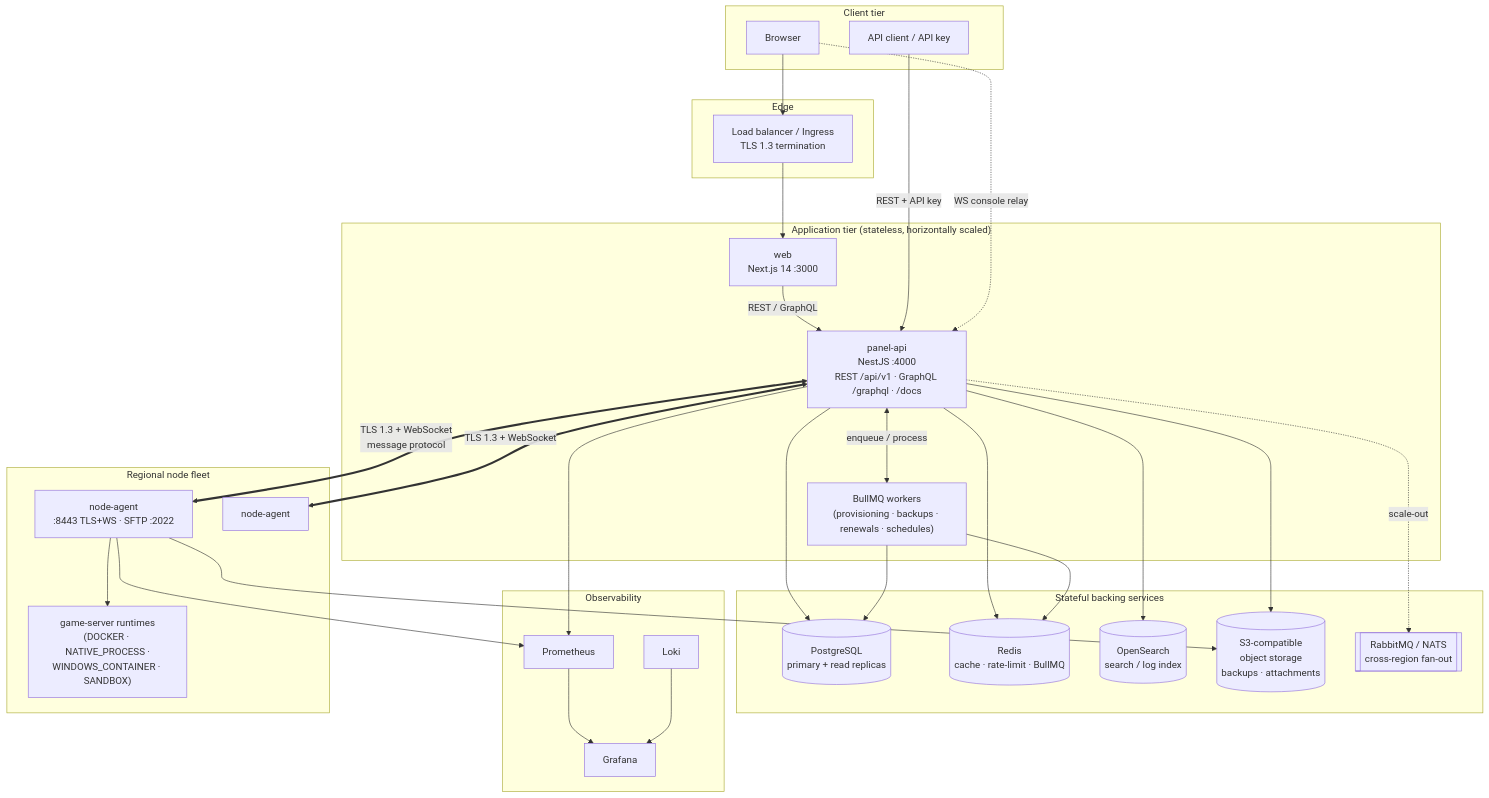
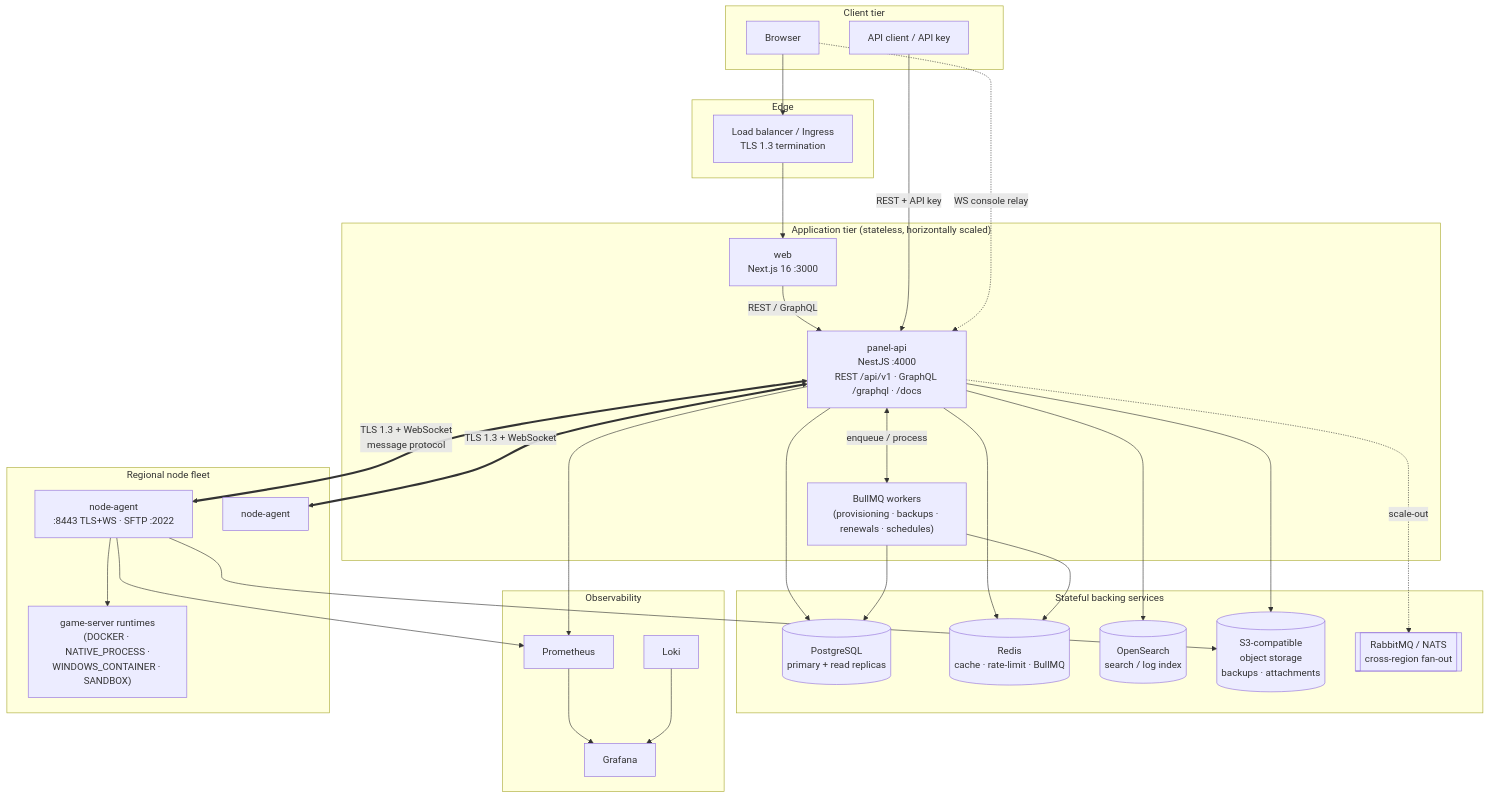
One commit to ReFxFrank/ReFxHosting changed the first of 6 diagrams in docs/01-architecture.md. Above: the diagram before and after it, drawn with Mermaid. The commit also changed other lines of this file and 8 other files, not shown here.

````diff
--- a/docs/01-architecture.md
+++ b/docs/01-architecture.md
@@ -27,61 +27,61 @@
 ```mermaid
 flowchart TB
   subgraph Client["Client tier"]
     BR[Browser]
     CLI[API client / API key]
   end
 
   subgraph Edge["Edge"]
     LB[Load balancer / Ingress<br/>TLS 1.3 termination]
   end
 
   subgraph App["Application tier (stateless, horizontally scaled)"]
-    WEB["web<br/>Next.js 14 :3000"]
+    WEB["web<br/>Next.js 16 :3000"]
     API["panel-api<br/>NestJS :4000<br/>REST /api/v1 · GraphQL /graphql · /docs"]
     WRK["BullMQ workers<br/>(provisioning · backups · renewals · schedules)"]
   end
 
   subgraph Data["Stateful backing services"]
     PG[("PostgreSQL<br/>primary + read replicas")]
     RDS[("Redis<br/>cache · rate-limit · BullMQ")]
     OS[("OpenSearch<br/>search / log index")]
     S3[("S3-compatible<br/>object storage<br/>backups · attachments")]
     MQ[["RabbitMQ / NATS<br/>cross-region fan-out"]]
   end
 
   subgraph Obs["Observability"]
     PROM[Prometheus]
     GRAF[Grafana]
     LOKI[Loki]
   end
 
   subgraph Fleet["Regional node fleet"]
     NA1["node-agent<br/>:8443 TLS+WS · SFTP :2022"]
     NA2["node-agent"]
     GS["game-server runtimes<br/>(DOCKER · NATIVE_PROCESS ·<br/>WINDOWS_CONTAINER · SANDBOX)"]
   end
 
   BR --> LB --> WEB
   WEB -->|REST / GraphQL| API
   CLI -->|REST + API key| API
   BR -.->|WS console relay| API
 
   API --> PG
   API --> RDS
   API --> OS
   API --> S3
   API <-->|enqueue / process| WRK
   WRK --> PG
   WRK --> RDS
   API -.->|scale-out| MQ
 
   API <==>|TLS 1.3 + WebSocket<br/>message protocol| NA1
   API <==>|TLS 1.3 + WebSocket| NA2
   NA1 --> GS
   NA1 --> S3
 
   API --> PROM
   NA1 --> PROM
   PROM --> GRAF
   LOKI --> GRAF
 ```
````
